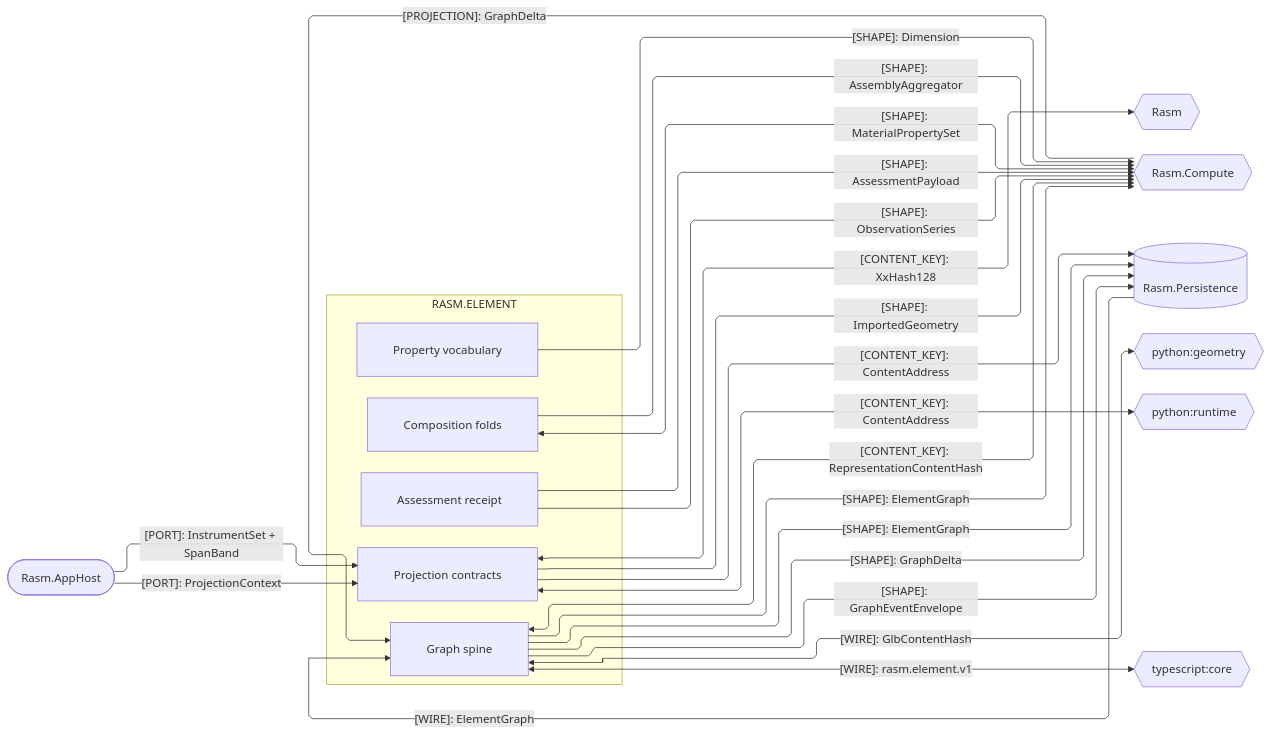
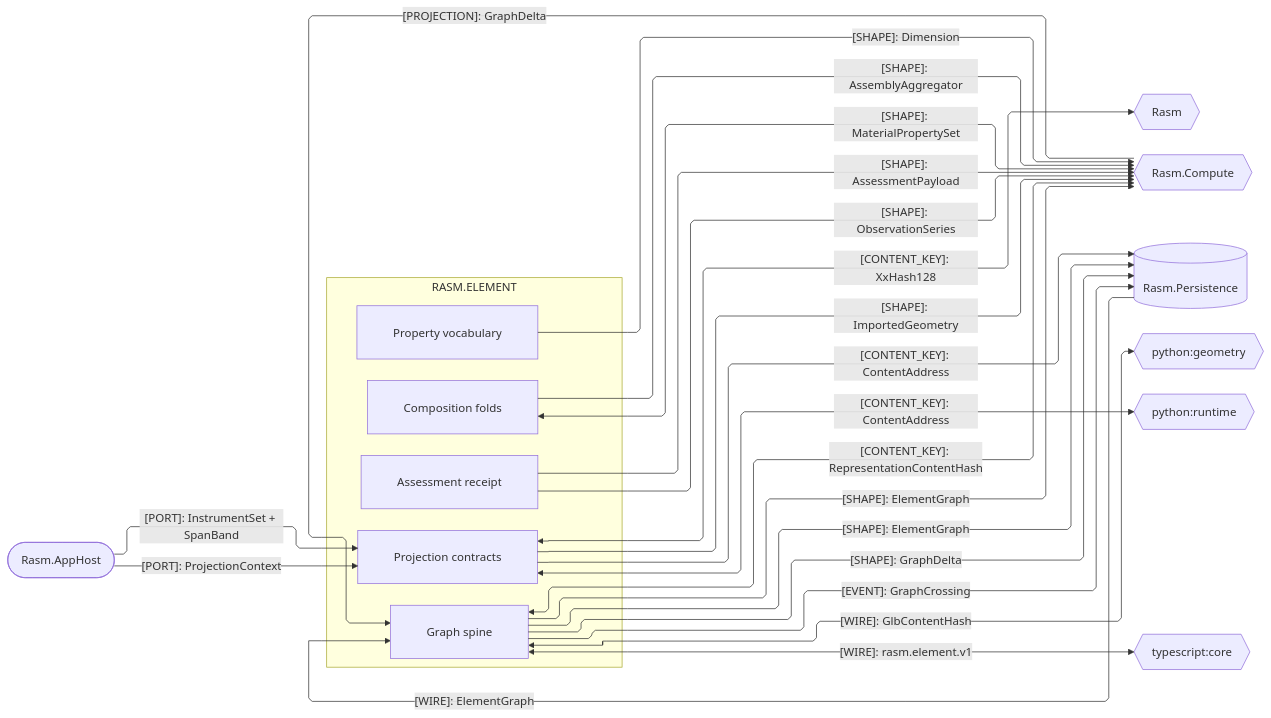
Before and after one commit to bsamiee/Rasm: the third of 3 diagrams in libs/csharp/Rasm.Element/ARCHITECTURE.md, drawn with Mermaid. The commit also changed 509 other files, not shown here.

````diff
--- a/libs/csharp/Rasm.Element/ARCHITECTURE.md
+++ b/libs/csharp/Rasm.Element/ARCHITECTURE.md
@@ -176,46 +176,46 @@
 ```mermaid
 ---
 config:
   layout: elk
   flowchart:
     curve: linear
     padding: 25
 ---
 flowchart LR
     accTitle: Element platform and cross-runtime wire seams
     accDescr: Element sub-domain owners exchanging content keys, shapes, and wires with the kernel, app host, compute, persistence, and the Python and TypeScript peers, one edge per contract family mirrored on the counterpart folder.
     subgraph element[RASM.ELEMENT]
         Graph[Graph spine]
         Projection[Projection contracts]
         Composition[Composition folds]
         Properties[Property vocabulary]
         Assessment[Assessment receipt]
     end
     Rasm{{Rasm}}
     AppHost([Rasm.AppHost])
     Compute{{Rasm.Compute}}
     Persistence[(Rasm.Persistence)]
     Geometry{{python:geometry}}
     Runtime{{python:runtime}}
     Core{{typescript:core}}
     Projection <-->|"[CONTENT_KEY]: XxHash128"| Rasm
     AppHost -->|"[PORT]: ProjectionContext"| Projection
     AppHost -->|"[PORT]: InstrumentSet + SpanBand"| Projection
     Projection -->|"[CONTENT_KEY]: ContentAddress"| Persistence
     Graph -->|"[SHAPE]: ElementGraph"| Persistence
     Graph -->|"[SHAPE]: GraphDelta"| Persistence
-    Graph -->|"[SHAPE]: GraphEventEnvelope"| Persistence
+    Graph -->|"[EVENT]: GraphCrossing"| Persistence
     Persistence -->|"[WIRE]: ElementGraph"| Graph
     Graph <-->|"[CONTENT_KEY]: RepresentationContentHash"| Compute
     Composition -->|"[SHAPE]: AssemblyAggregator"| Compute
     Composition <-->|"[SHAPE]: MaterialPropertySet"| Compute
     Properties -->|"[SHAPE]: Dimension"| Compute
     Assessment -->|"[SHAPE]: AssessmentPayload"| Compute
     Assessment -->|"[SHAPE]: ObservationSeries"| Compute
     Compute -->|"[PROJECTION]: GraphDelta"| Graph
     Graph -->|"[SHAPE]: ElementGraph"| Compute
     Projection -->|"[SHAPE]: ImportedGeometry"| Compute
     Graph <-->|"[WIRE]: GlbContentHash"| Geometry
     Projection <-->|"[CONTENT_KEY]: ContentAddress"| Runtime
     Graph <-->|"[WIRE]: rasm.element.v1"| Core
 ```
````
